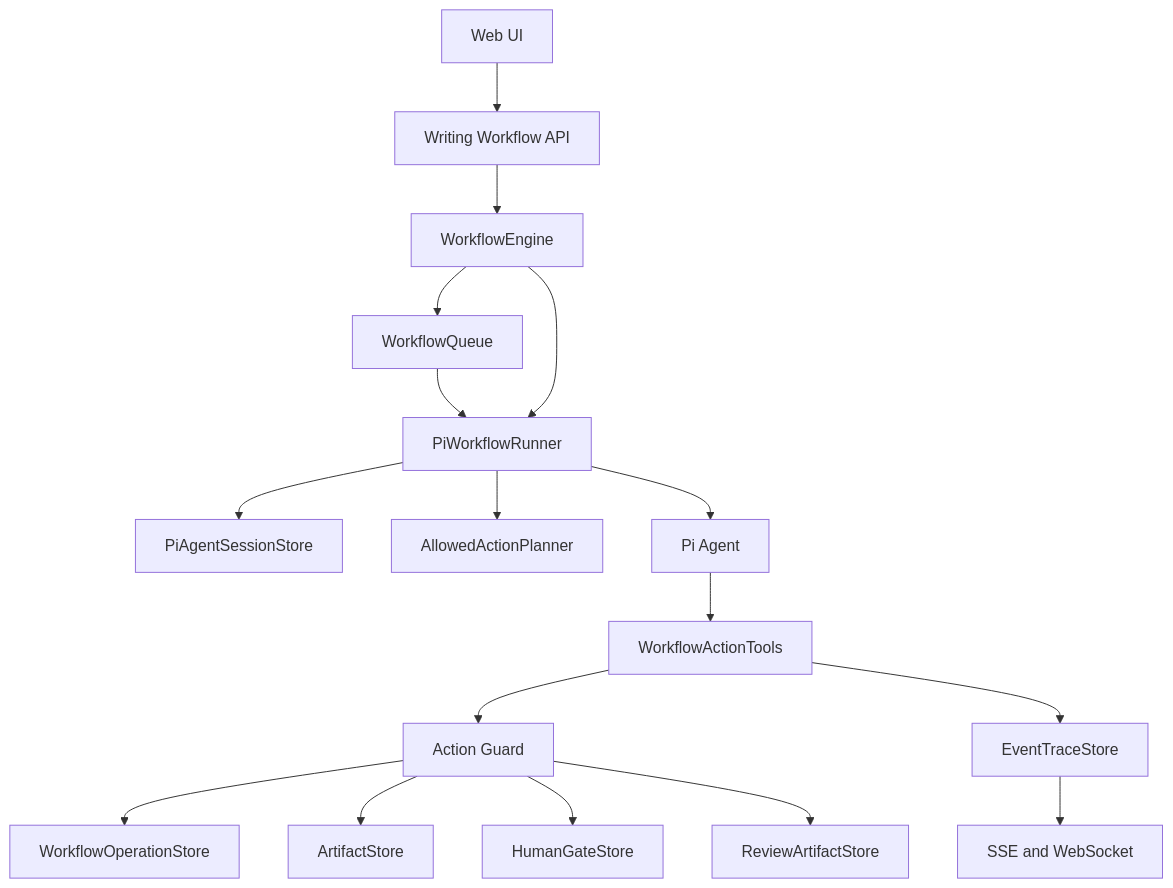
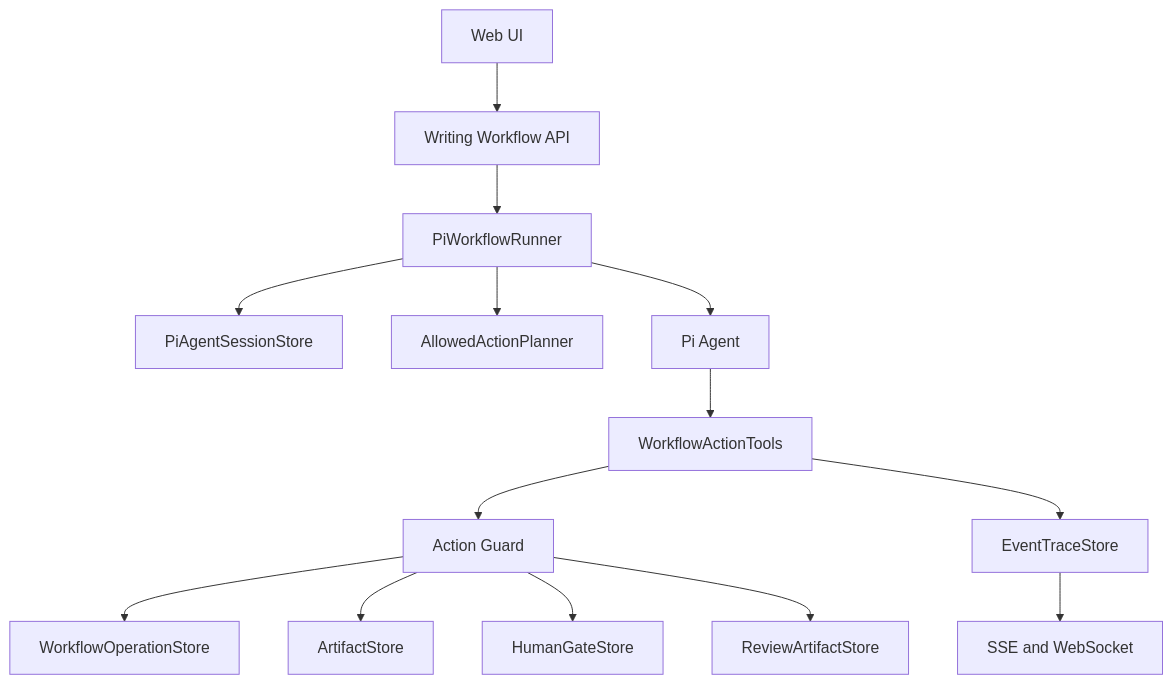
The diagram in docs/pi-agent-workflow-runner-design.md (simonjiao/writing-assistant), drawn with Mermaid before and after one commit. The commit also changed other lines of this file and 17 other files, not shown here.

````diff
--- a/docs/pi-agent-workflow-runner-design.md
+++ b/docs/pi-agent-workflow-runner-design.md
@@ -30,19 +30,16 @@
 ```mermaid
 flowchart TB
   UI[Web UI] --> API[Writing Workflow API]
-  API --> Engine[WorkflowEngine]
-  Engine --> Queue[WorkflowQueue]
-  Queue --> Runner[PiWorkflowRunner]
-  Engine --> Runner
+  API --> Runner[PiWorkflowRunner]
   Runner --> Session[PiAgentSessionStore]
   Runner --> Planner[AllowedActionPlanner]
   Runner --> Agent[Pi Agent]
   Agent --> Tools[WorkflowActionTools]
   Tools --> Guard[Action Guard]
   Guard --> Ops[WorkflowOperationStore]
   Guard --> Artifacts[ArtifactStore]
   Guard --> Gates[HumanGateStore]
   Guard --> Reviews[ReviewArtifactStore]
   Tools --> Trace[EventTraceStore]
   Trace --> Realtime[SSE and WebSocket]
 ```
````
